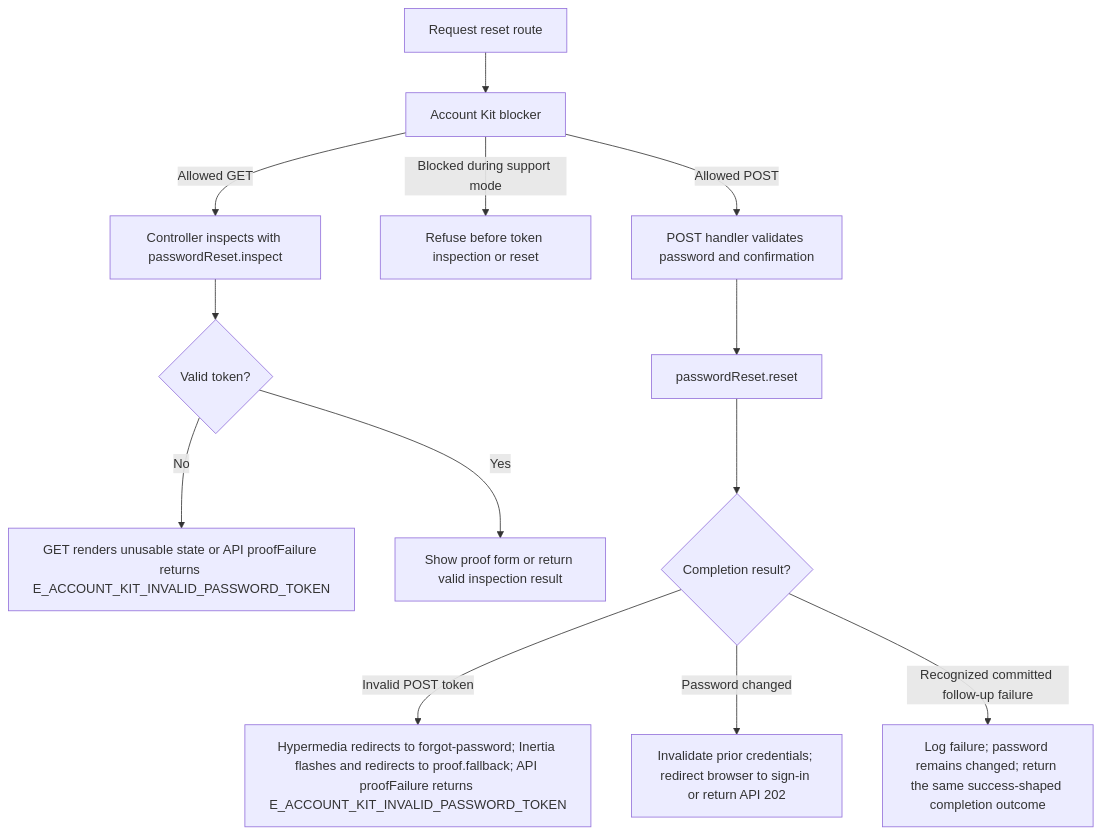
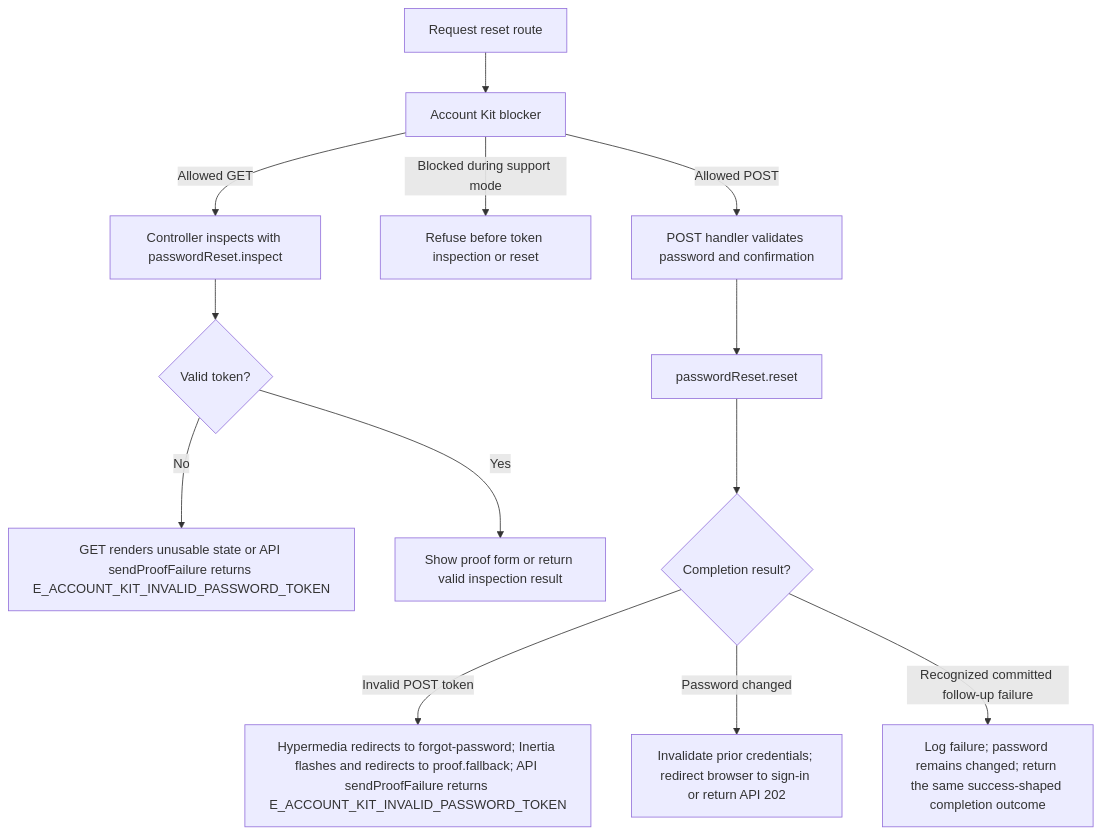
Before and after one commit to Kevinjohn/oss-adonisjs-starter-examples: the second of 2 diagrams in user-stories/accounts/us-account-09-complete-password-reset.md, drawn with Mermaid. The commit also changed 27 other files, not shown here.

````diff
--- a/user-stories/accounts/us-account-09-complete-password-reset.md
+++ b/user-stories/accounts/us-account-09-complete-password-reset.md
@@ -51,15 +51,15 @@
 ```mermaid
 flowchart TD
     A["Request reset route"] --> Z["Account Kit blocker"]
     Z -->|Allowed GET| B["Controller inspects with passwordReset.inspect"]
     Z -->|Blocked during support mode| Z1["Refuse before token inspection or reset"]
     B --> C{"Valid token?"}
-    C -->|No| D["GET renders unusable state or API proofFailure returns E_ACCOUNT_KIT_INVALID_PASSWORD_TOKEN"]
+    C -->|No| D["GET renders unusable state or API sendProofFailure returns E_ACCOUNT_KIT_INVALID_PASSWORD_TOKEN"]
     C -->|Yes| V["Show proof form or return valid inspection result"]
     Z -->|Allowed POST| E["POST handler validates password and confirmation"]
     E --> F["passwordReset.reset"]
     F --> G{"Completion result?"}
-    G -->|Invalid POST token| J["Hypermedia redirects to forgot-password; Inertia flashes and redirects to proof.fallback; API proofFailure returns E_ACCOUNT_KIT_INVALID_PASSWORD_TOKEN"]
+    G -->|Invalid POST token| J["Hypermedia redirects to forgot-password; Inertia flashes and redirects to proof.fallback; API sendProofFailure returns E_ACCOUNT_KIT_INVALID_PASSWORD_TOKEN"]
     G -->|Password changed| H["Invalidate prior credentials; redirect browser to sign-in or return API 202"]
     G -->|Recognized committed follow-up failure| I["Log failure; password remains changed; return the same success-shaped completion outcome"]
 ```
````
